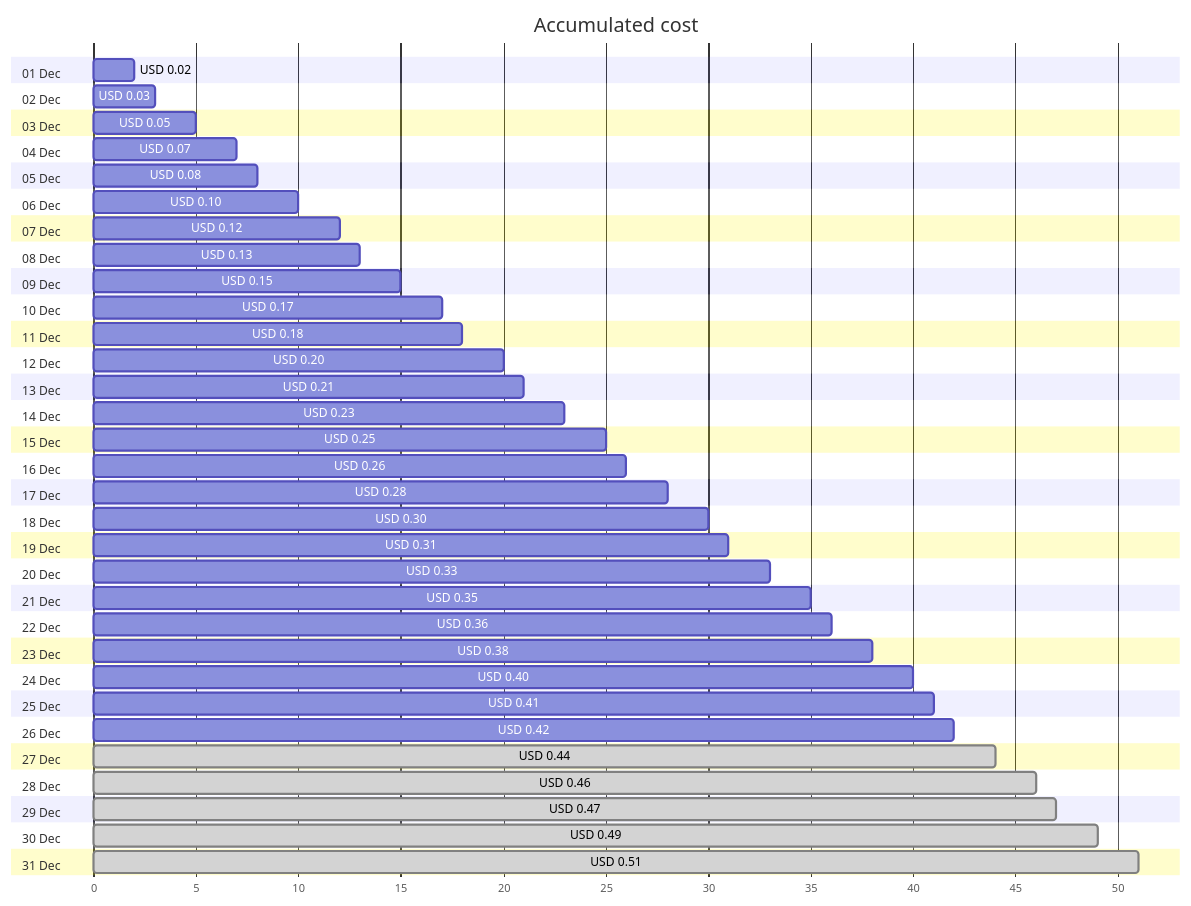
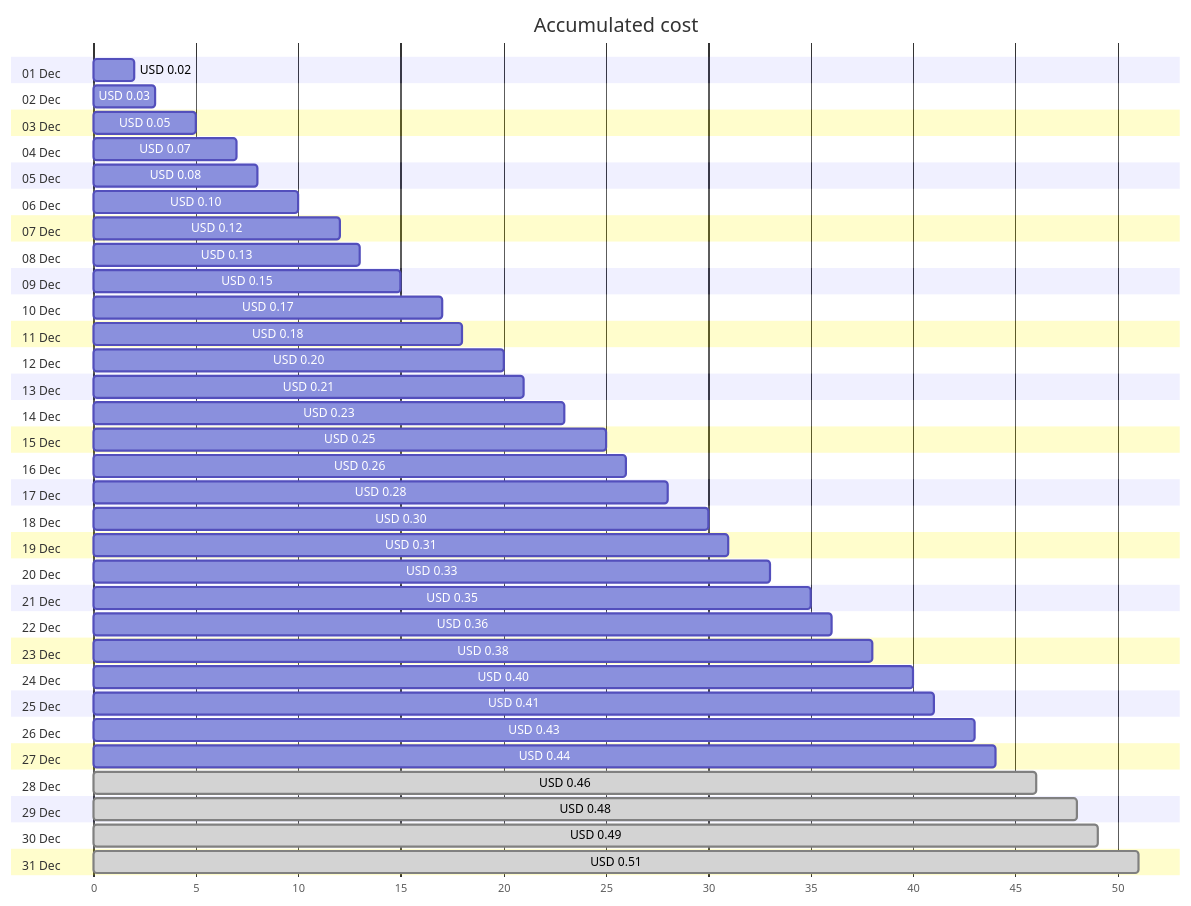
One commit to jpfulton/azure-personal-reports changed the first of 4 diagrams in cost-reports/personal-dns/jpatrickfulton.dev.md. Above: the diagram before and after it, drawn with Mermaid. The commit also changed other lines of this file and 2 other files, not shown here.

````diff
--- a/cost-reports/personal-dns/jpatrickfulton.dev.md
+++ b/cost-reports/personal-dns/jpatrickfulton.dev.md
@@ -20,68 +20,68 @@
 ```mermaid
 gantt
    title Accumulated cost
    dateFormat  X
    axisFormat %s
    section 01 Dec
    USD 0.02 :0, 2
    section 02 Dec
    USD 0.03 :0, 3
    section 03 Dec
    USD 0.05 :0, 5
    section 04 Dec
    USD 0.07 :0, 7
    section 05 Dec
    USD 0.08 :0, 8
    section 06 Dec
    USD 0.10 :0, 10
    section 07 Dec
    USD 0.12 :0, 12
    section 08 Dec
    USD 0.13 :0, 13
    section 09 Dec
    USD 0.15 :0, 15
    section 10 Dec
    USD 0.17 :0, 17
    section 11 Dec
    USD 0.18 :0, 18
    section 12 Dec
    USD 0.20 :0, 20
    section 13 Dec
    USD 0.21 :0, 21
    section 14 Dec
    USD 0.23 :0, 23
    section 15 Dec
    USD 0.25 :0, 25
    section 16 Dec
    USD 0.26 :0, 26
    section 17 Dec
    USD 0.28 :0, 28
    section 18 Dec
    USD 0.30 :0, 30
    section 19 Dec
    USD 0.31 :0, 31
    section 20 Dec
    USD 0.33 :0, 33
    section 21 Dec
    USD 0.35 :0, 35
    section 22 Dec
    USD 0.36 :0, 36
    section 23 Dec
    USD 0.38 :0, 38
    section 24 Dec
    USD 0.40 :0, 40
    section 25 Dec
    USD 0.41 :0, 41
    section 26 Dec
-   USD 0.42 :0, 42
+   USD 0.43 :0, 43
    section 27 Dec
-   USD 0.44 : done, 0, 44
+   USD 0.44 :0, 44
    section 28 Dec
    USD 0.46 : done, 0, 46
    section 29 Dec
-   USD 0.47 : done, 0, 47
+   USD 0.48 : done, 0, 48
    section 30 Dec
    USD 0.49 : done, 0, 49
    section 31 Dec
    USD 0.51 : done, 0, 51
 ```
````
